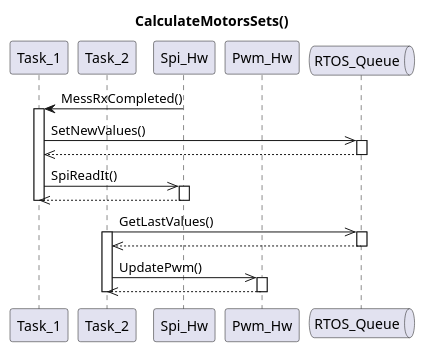
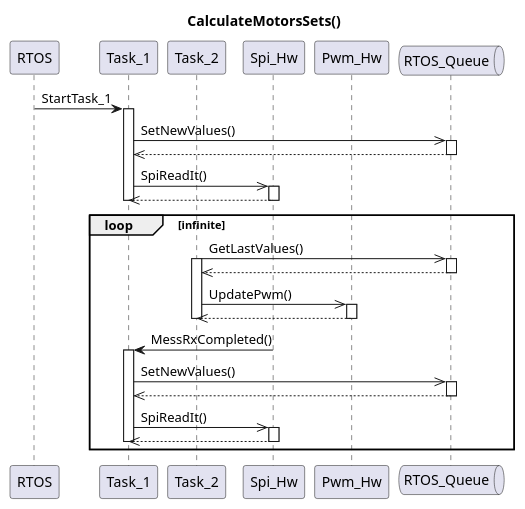
One commit to inpgbburda/FlyMatic changed the second of 3 diagrams in docs/motor_control.md. Above: the diagram before and after it, drawn with PlantUML.

Commit message:
Update sequence diagram

````diff
--- a/docs/motor_control.md
+++ b/docs/motor_control.md
@@ -48,41 +48,60 @@
 ```puml
 @startuml
 title CalculateMotorsSets()
 
+participant "RTOS"       as RTOS
 participant "Task_1"     as Task_1
 participant "Task_2"     as Task_2
 participant "Spi_Hw"     as Spi_Hw
 participant "Pwm_Hw"     as Pwm_Hw
 queue       "RTOS_Queue" as P1
+
+RTOS -> Task_1 : StartTask_1
+activate Task_1
+
+Task_1 ->> P1 : SetNewValues()
+activate P1
+
+P1 -->> Task_1 :
+deactivate P1
+
+Task_1 ->> Spi_Hw : SpiReadIt()
+activate Spi_Hw 
+
+Spi_Hw -->> Task_1 :
+deactivate Spi_Hw
+deactivate Task_1
+
+loop infinite
+Task_2 ->> P1 : GetLastValues()
+activate Task_2
+activate P1
+
+P1 -->> Task_2 : 
+deactivate P1
+
+Task_2 ->> Pwm_Hw : UpdatePwm()
+activate Pwm_Hw
+
+Pwm_Hw -->> Task_2 :
+deactivate Pwm_Hw
+deactivate Task_2
 
 Spi_Hw -> Task_1 : MessRxCompleted()
 activate Task_1
 
 Task_1 ->> P1 : SetNewValues()
 activate P1
 
 P1 -->> Task_1 :
 deactivate P1
 
 Task_1 ->> Spi_Hw : SpiReadIt()
 activate Spi_Hw 
 
 Spi_Hw -->> Task_1 :
 deactivate Spi_Hw
 deactivate Task_1
-
-Task_2 ->> P1 : GetLastValues()
-activate Task_2
-activate P1
-
-P1 -->> Task_2 : 
-deactivate P1
-
-Task_2 ->> Pwm_Hw : UpdatePwm()
-activate Pwm_Hw
-
-Pwm_Hw -->> Task_2 :
-deactivate Pwm_Hw
-deactivate Task_2
+end
 @enduml
 ```
````
